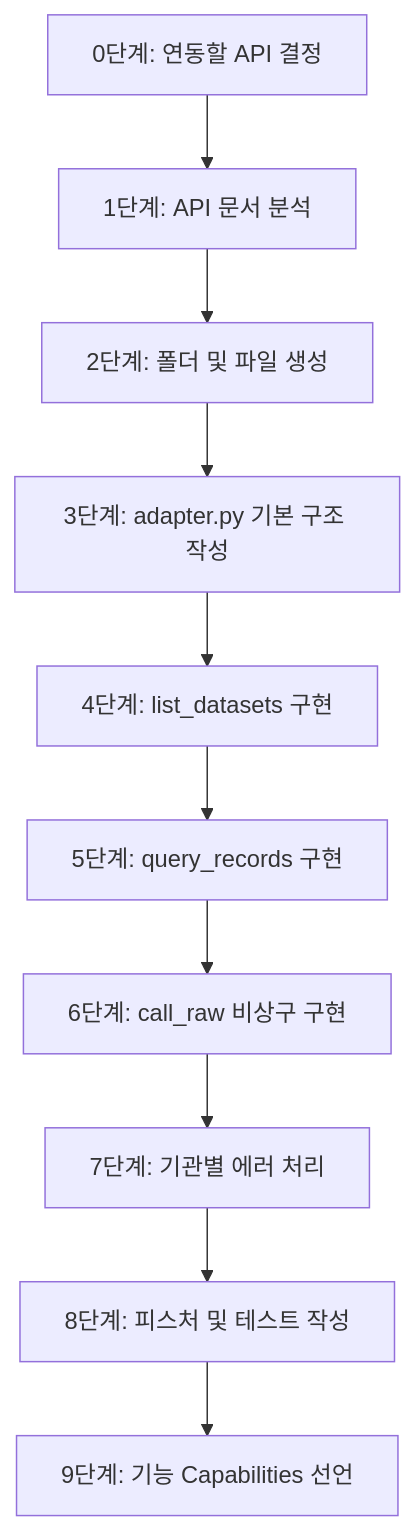
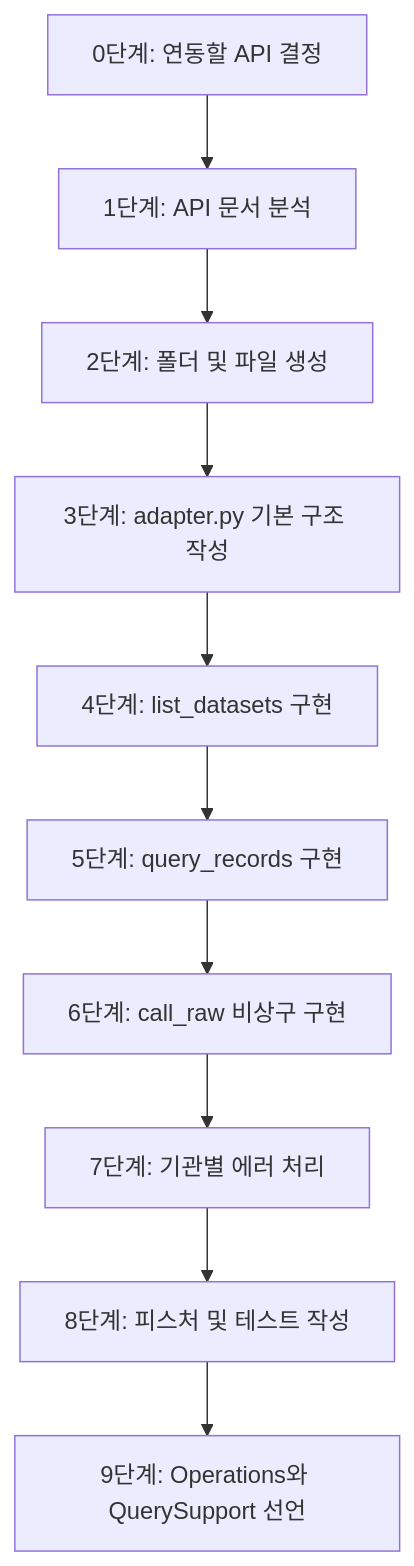
The second of 4 diagrams in PROVIDER_ADAPTER_CONTRACT.md (yeongseon/kpubdata), drawn with Mermaid before and after one commit. The commit also changed other lines of this file and 1 other file, not shown here.

````diff
--- a/PROVIDER_ADAPTER_CONTRACT.md
+++ b/PROVIDER_ADAPTER_CONTRACT.md
@@ -116,12 +116,12 @@
 ```mermaid
 flowchart TD
     S0[0단계: 연동할 API 결정] --> S1[1단계: API 문서 분석]
     S1 --> S2[2단계: 폴더 및 파일 생성]
     S2 --> S3[3단계: adapter.py 기본 구조 작성]
     S3 --> S4[4단계: list_datasets 구현]
     S4 --> S5[5단계: query_records 구현]
     S5 --> S6[6단계: call_raw 비상구 구현]
     S6 --> S7[7단계: 기관별 에러 처리]
     S7 --> S8[8단계: 피스처 및 테스트 작성]
-    S8 --> S9[9단계: 기능 Capabilities 선언]
+    S8 --> S9[9단계: Operations와 QuerySupport 선언]
 ```
````
